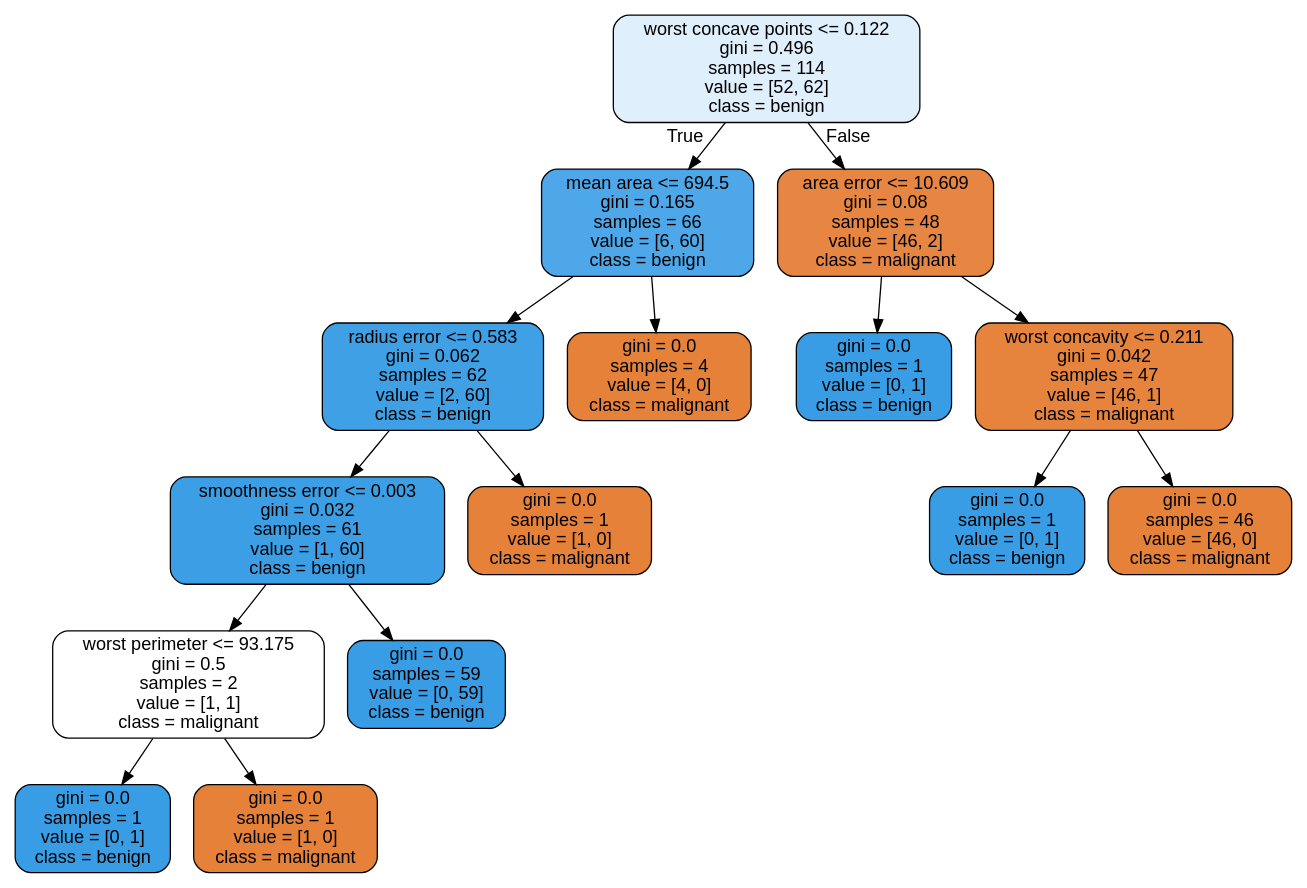
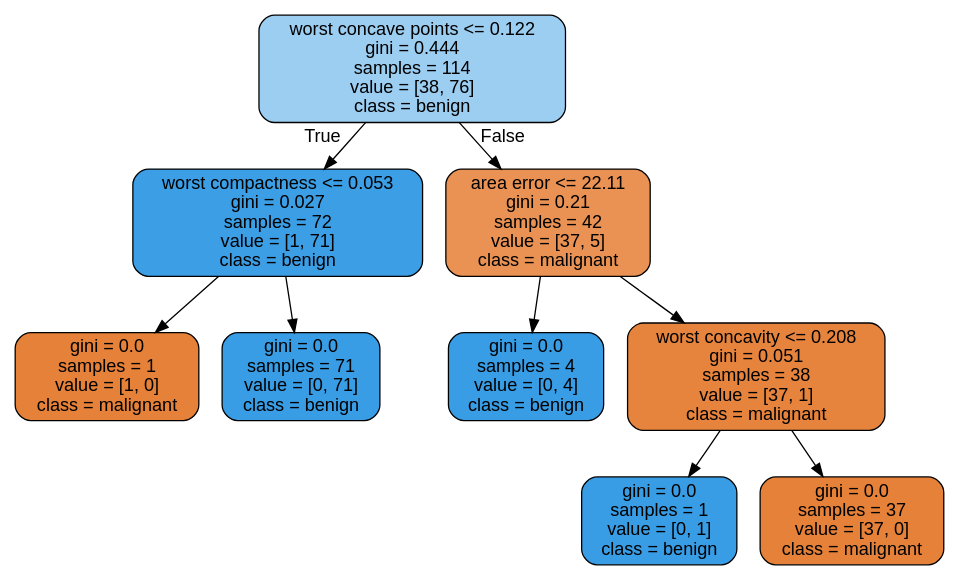
One commit to JoseDeJesusMendozaBecerril/Practica4_MineriaDeDatos changed the diagram in images/decision_trees/cancer_tree_test.dot. Above: the diagram before and after it, drawn with Graphviz. The commit also changed 8 other files, not shown here.

```diff
--- a/images/decision_trees/cancer_tree_test.dot
+++ b/images/decision_trees/cancer_tree_test.dot
@@ -1,33 +1,21 @@
 digraph Tree {
 node [shape=box, style="filled, rounded", color="black", fontname=helvetica] ;
 edge [fontname=helvetica] ;
-0 [label="worst concave points <= 0.122\ngini = 0.496\nsamples = 114\nvalue = [52, 62]\nclass = benign", fillcolor="#dfeffb"] ;
-1 [label="mean area <= 694.5\ngini = 0.165\nsamples = 66\nvalue = [6, 60]\nclass = benign", fillcolor="#4da7e8"] ;
+0 [label="worst concave points <= 0.122\ngini = 0.444\nsamples = 114\nvalue = [38, 76]\nclass = benign", fillcolor="#9ccef2"] ;
+1 [label="worst compactness <= 0.053\ngini = 0.027\nsamples = 72\nvalue = [1, 71]\nclass = benign", fillcolor="#3c9ee5"] ;
 0 -> 1 [labeldistance=2.5, labelangle=45, headlabel="True"] ;
-2 [label="radius error <= 0.583\ngini = 0.062\nsamples = 62\nvalue = [2, 60]\nclass = benign", fillcolor="#40a0e6"] ;
+2 [label="gini = 0.0\nsamples = 1\nvalue = [1, 0]\nclass = malignant", fillcolor="#e58139"] ;
 1 -> 2 ;
-3 [label="smoothness error <= 0.003\ngini = 0.032\nsamples = 61\nvalue = [1, 60]\nclass = benign", fillcolor="#3c9fe5"] ;
-2 -> 3 ;
-4 [label="worst perimeter <= 93.175\ngini = 0.5\nsamples = 2\nvalue = [1, 1]\nclass = malignant", fillcolor="#ffffff"] ;
-3 -> 4 ;
-5 [label="gini = 0.0\nsamples = 1\nvalue = [0, 1]\nclass = benign", fillcolor="#399de5"] ;
+3 [label="gini = 0.0\nsamples = 71\nvalue = [0, 71]\nclass = benign", fillcolor="#399de5"] ;
+1 -> 3 ;
+4 [label="area error <= 22.11\ngini = 0.21\nsamples = 42\nvalue = [37, 5]\nclass = malignant", fillcolor="#e99254"] ;
+0 -> 4 [labeldistance=2.5, labelangle=-45, headlabel="False"] ;
+5 [label="gini = 0.0\nsamples = 4\nvalue = [0, 4]\nclass = benign", fillcolor="#399de5"] ;
 4 -> 5 ;
-6 [label="gini = 0.0\nsamples = 1\nvalue = [1, 0]\nclass = malignant", fillcolor="#e58139"] ;
+6 [label="worst concavity <= 0.208\ngini = 0.051\nsamples = 38\nvalue = [37, 1]\nclass = malignant", fillcolor="#e6843e"] ;
 4 -> 6 ;
-7 [label="gini = 0.0\nsamples = 59\nvalue = [0, 59]\nclass = benign", fillcolor="#399de5"] ;
-3 -> 7 ;
-8 [label="gini = 0.0\nsamples = 1\nvalue = [1, 0]\nclass = malignant", fillcolor="#e58139"] ;
-2 -> 8 ;
-9 [label="gini = 0.0\nsamples = 4\nvalue = [4, 0]\nclass = malignant", fillcolor="#e58139"] ;
-1 -> 9 ;
-10 [label="area error <= 10.609\ngini = 0.08\nsamples = 48\nvalue = [46, 2]\nclass = malignant", fillcolor="#e68642"] ;
-0 -> 10 [labeldistance=2.5, labelangle=-45, headlabel="False"] ;
-11 [label="gini = 0.0\nsamples = 1\nvalue = [0, 1]\nclass = benign", fillcolor="#399de5"] ;
-10 -> 11 ;
-12 [label="worst concavity <= 0.211\ngini = 0.042\nsamples = 47\nvalue = [46, 1]\nclass = malignant", fillcolor="#e6843d"] ;
-10 -> 12 ;
-13 [label="gini = 0.0\nsamples = 1\nvalue = [0, 1]\nclass = benign", fillcolor="#399de5"] ;
-12 -> 13 ;
-14 [label="gini = 0.0\nsamples = 46\nvalue = [46, 0]\nclass = malignant", fillcolor="#e58139"] ;
-12 -> 14 ;
+7 [label="gini = 0.0\nsamples = 1\nvalue = [0, 1]\nclass = benign", fillcolor="#399de5"] ;
+6 -> 7 ;
+8 [label="gini = 0.0\nsamples = 37\nvalue = [37, 0]\nclass = malignant", fillcolor="#e58139"] ;
+6 -> 8 ;
 }
```
